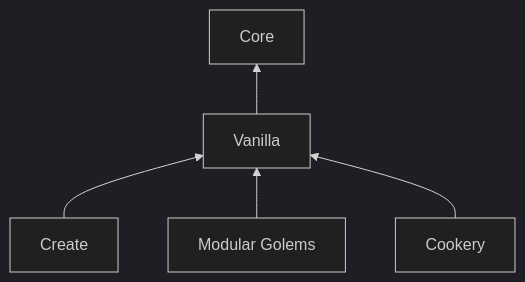
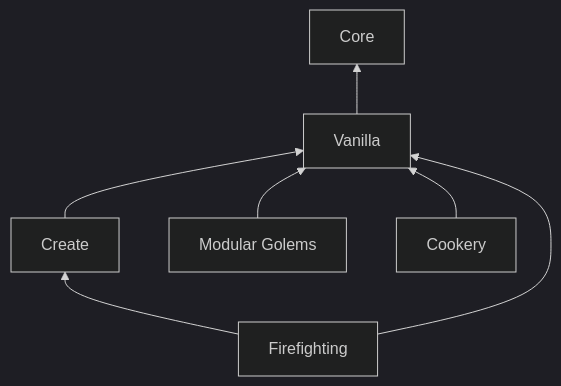
One commit to IzakyL/folkways changed the diagram in docs/en/architecture.md. Above: the diagram before and after it, drawn with Mermaid (dark theme). The commit also changed other lines of this file and 7 other files, not shown here.

````diff
--- a/docs/en/architecture.md
+++ b/docs/en/architecture.md
@@ -20,7 +21,9 @@
 ```mermaid
 flowchart BT
     Vanilla --> Core
     Create --> Vanilla
     ModularGolems[Modular Golems] --> Vanilla
     Cookery --> Vanilla
+    Firefighting --> Vanilla
+    Firefighting --> Create
 ```
````
